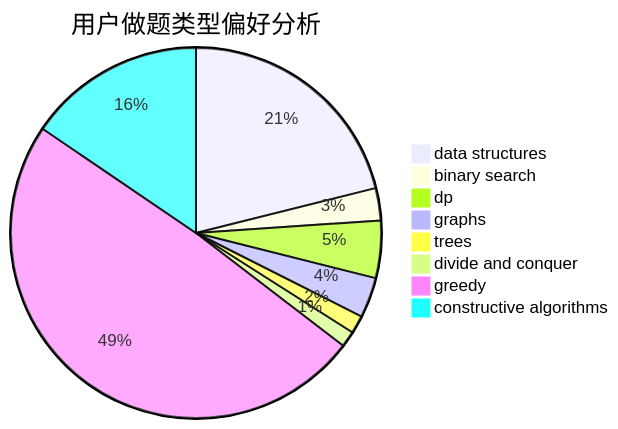
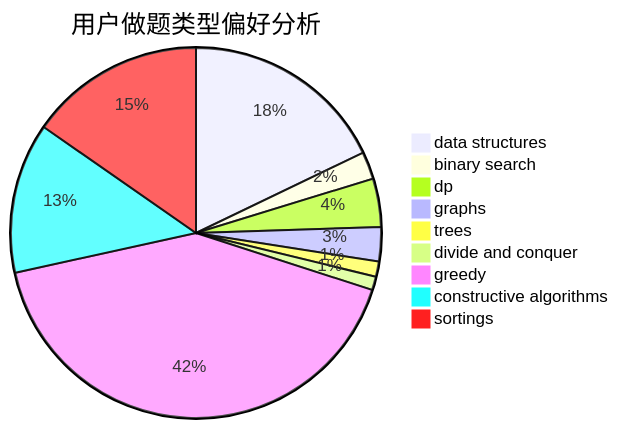
Before and after one commit to sherpahu/cfrs.github.io: the second of 3 diagrams in docs/user/u60.md, drawn with Mermaid. The commit also changed other lines of this file and 2769 other files, not shown here.

````diff
--- a/docs/user/u60.md
+++ b/docs/user/u60.md
@@ -23,11 +18,12 @@
 ```mermaid
 pie title 用户做题类型偏好分析
     "data structures" :  456
     "binary search" :  61
     "dp" :  108
     "graphs" :  76
     "trees" :  34
     "divide and conquer" :  30
     "greedy" :  1061
     "constructive algorithms" :  335
+    "sortings" :  391
 ```
````
